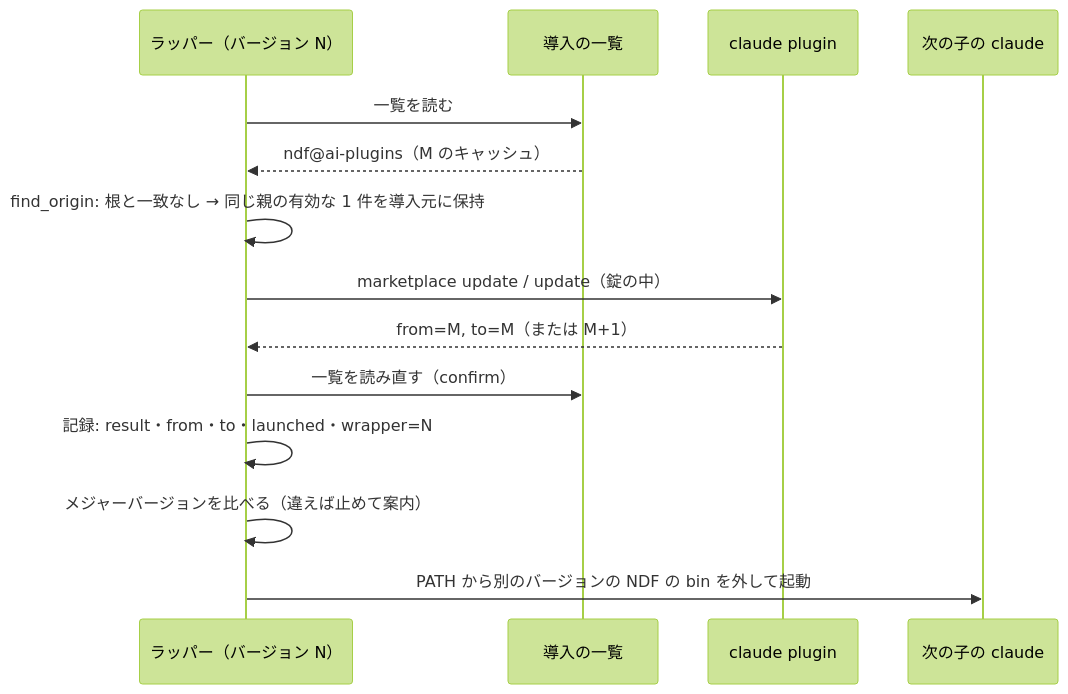
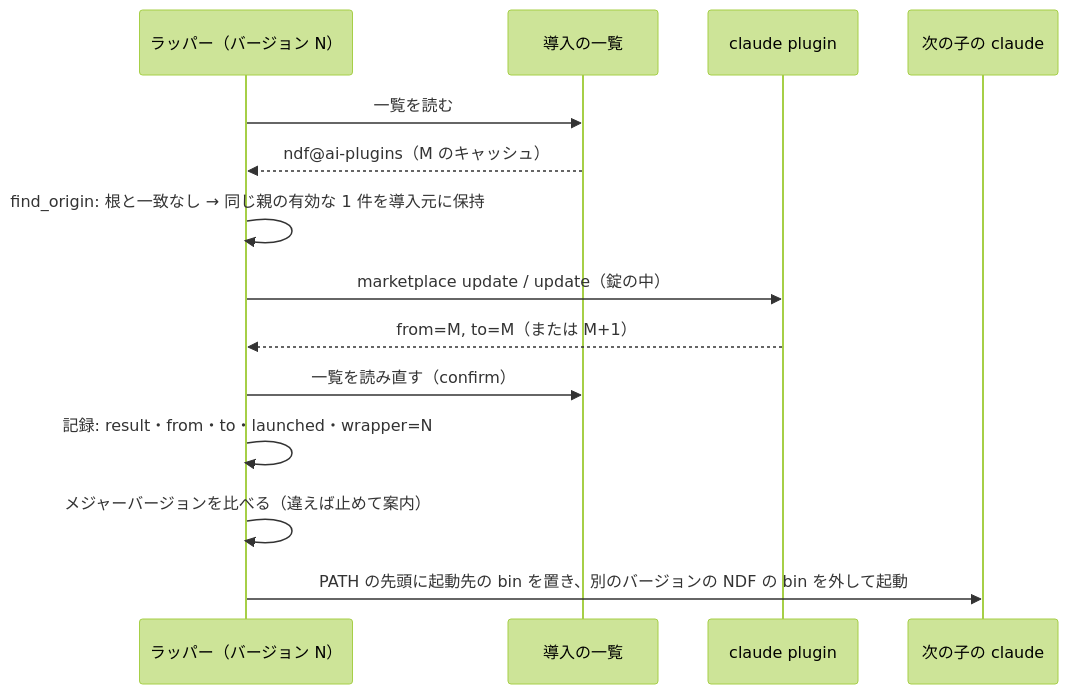
Before and after one commit to devbasex/ai-plugins: the third of 3 diagrams in issues/issue-3909-design.md, drawn with Mermaid (forest theme). The commit also changed other lines of this file and 1 other file, not shown here.

Commit message:
Docs: #3909 の子の PATH の規則を bin の親で比べ、起動先の bin を先頭に置く形に直す（r1-2・r1-3）

````diff
--- a/issues/issue-3909-design.md
+++ b/issues/issue-3909-design.md
@@ -72,16 +72,16 @@
 ```mermaid
 sequenceDiagram
   participant W as ラッパー（バージョン N）
   participant L as 導入の一覧
   participant P as claude plugin
   participant C as 次の子の claude
   W->>L: 一覧を読む
   L-->>W: ndf@ai-plugins（M のキャッシュ）
   W->>W: find_origin: 根と一致なし → 同じ親の有効な 1 件を導入元に保持
   W->>P: marketplace update / update（錠の中）
   P-->>W: from=M, to=M（または M+1）
   W->>L: 一覧を読み直す（confirm）
   W->>W: 記録: result・from・to・launched・wrapper=N
   W->>W: メジャーバージョンを比べる（違えば止めて案内）
-  W->>C: PATH から別のバージョンの NDF の bin を外して起動
+  W->>C: PATH の先頭に起動先の bin を置き、別のバージョンの NDF の bin を外して起動
 ```
````
